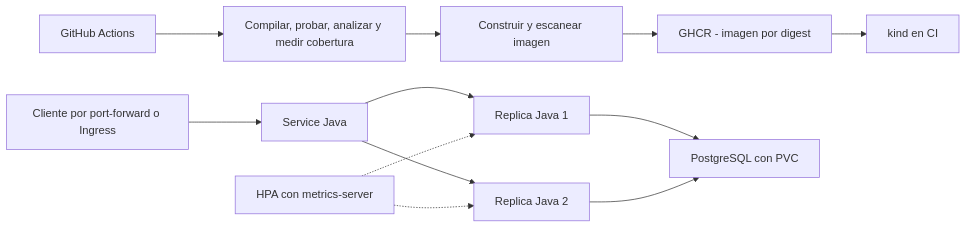
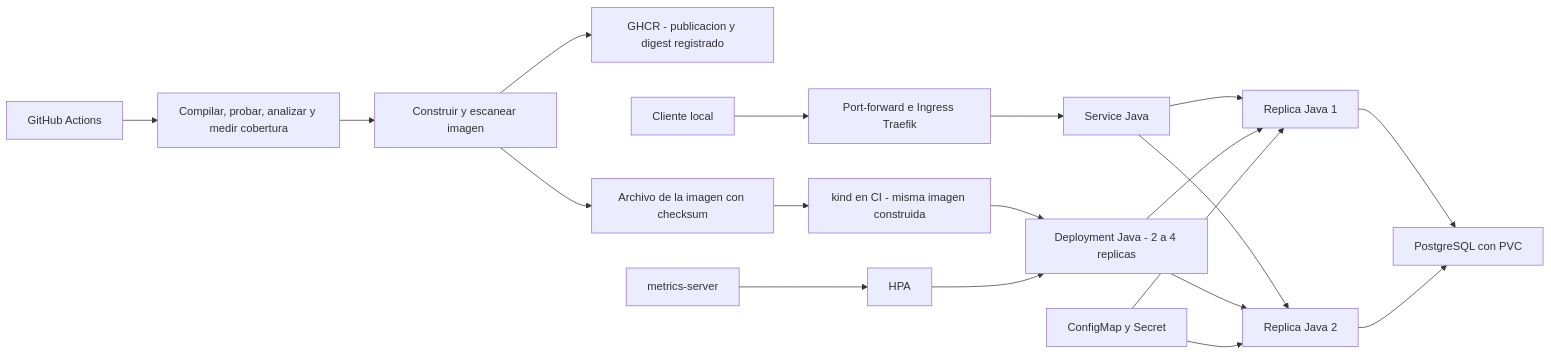
The fourth of 4 diagrams in README.md (mpguevara/devsu-demo-devops-java-entrega), drawn with Mermaid before and after one commit. The commit also changed other lines of this file and 175 other files, not shown here.

````diff
--- a/README.md
+++ b/README.md
@@ -169,14 +209,21 @@
 ```mermaid
 flowchart LR
     GitHub[GitHub Actions] --> Calidad[Compilar, probar, analizar y medir cobertura]
     Calidad --> Imagen[Construir y escanear imagen]
-    Imagen --> GHCR[GHCR - imagen por digest]
-    GHCR --> Kind[kind en CI]
-    Cliente[Cliente por port-forward o Ingress] --> Servicio[Service Java]
+    Imagen --> GHCR[GHCR - publicacion y digest registrado]
+    Imagen --> Archivo[Archivo de la imagen con checksum]
+    Archivo --> Kind[kind en CI - misma imagen construida]
+    Kind --> Deployment[Deployment Java - 2 a 4 replicas]
+    Cliente[Cliente local] --> Ingress[Port-forward e Ingress Traefik]
+    Ingress --> Servicio[Service Java]
     Servicio --> Pod1[Replica Java 1]
     Servicio --> Pod2[Replica Java 2]
+    Deployment --> Pod1
+    Deployment --> Pod2
     Pod1 --> DB[PostgreSQL con PVC]
     Pod2 --> DB
-    HPA[HPA con metrics-server] -.-> Pod1
-    HPA -.-> Pod2
+    Config[ConfigMap y Secret] --> Pod1
+    Config --> Pod2
+    Metrics[metrics-server] --> HPA[HPA]
+    HPA --> Deployment
 ```
````
